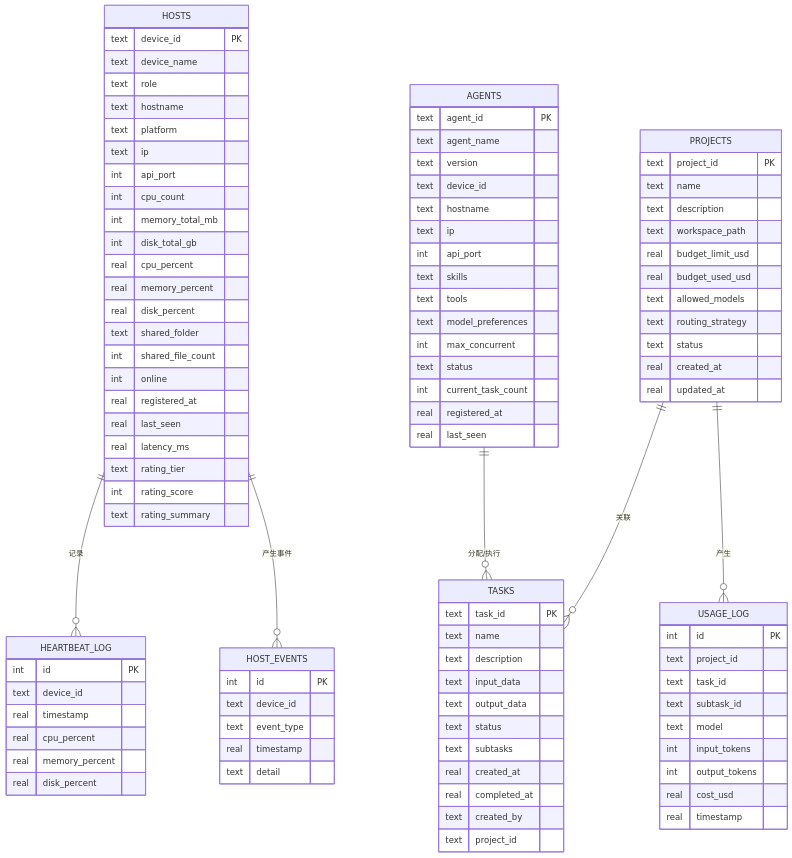
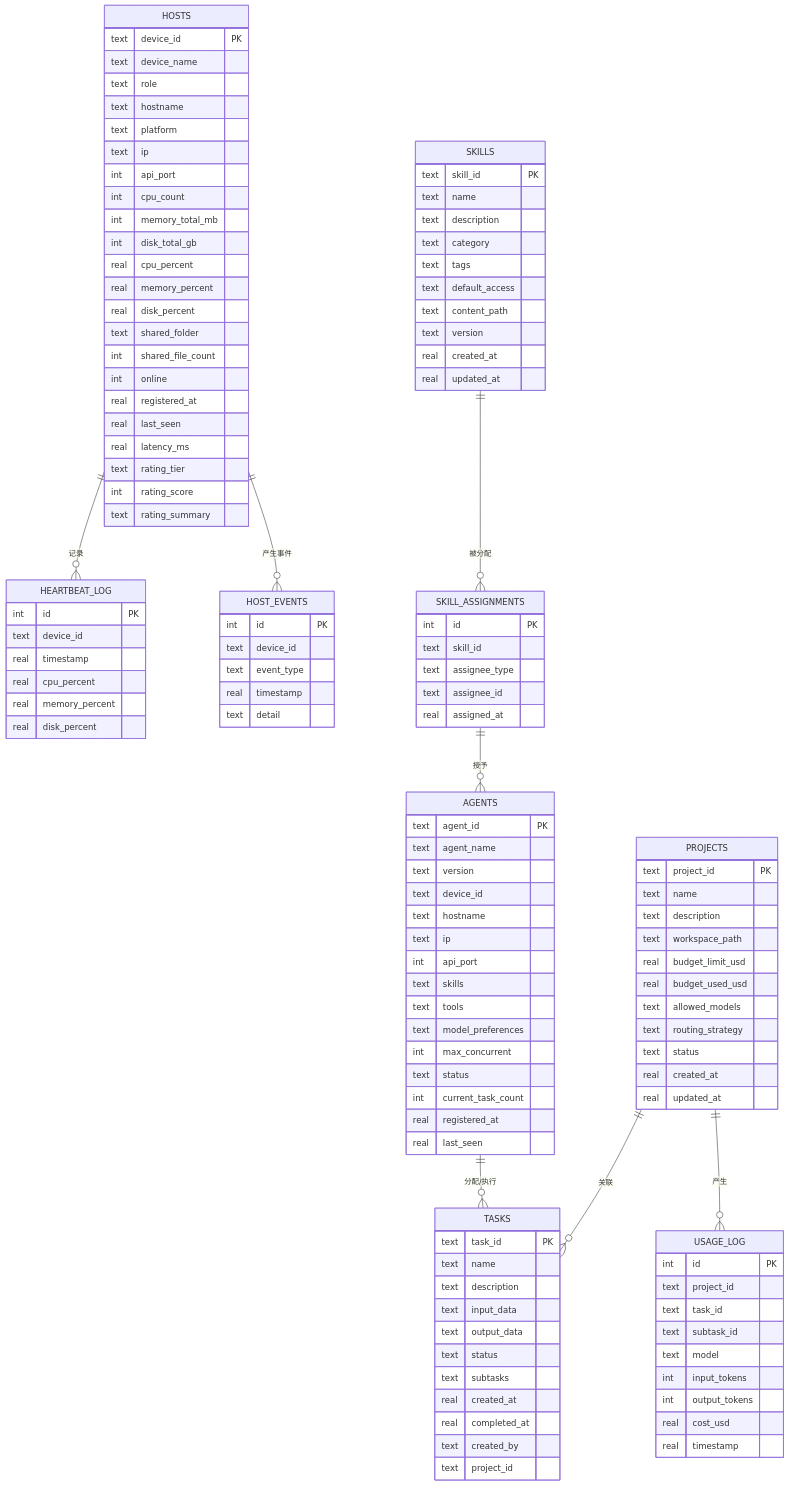
The third of 5 diagrams in .qoder/repowiki/zh/content/核心模块/数据库设计.md (targalian/Personal-distributed-workstation), drawn with Mermaid before and after one commit. The commit also changed other lines of this file and 92 other files, not shown here.

````diff
--- a/.qoder/repowiki/zh/content/核心模块/数据库设计.md
+++ b/.qoder/repowiki/zh/content/核心模块/数据库设计.md
@@ -287,9 +321,30 @@
 real timestamp
 text detail
 }
+SKILLS {
+text skill_id PK
+text name
+text description
+text category
+text tags
+text default_access
+text content_path
+text version
+real created_at
+real updated_at
+}
+SKILL_ASSIGNMENTS {
+int id PK
+text skill_id
+text assignee_type
+text assignee_id
+real assigned_at
+}
 HOSTS ||--o{ HEARTBEAT_LOG : "记录"
 HOSTS ||--o{ HOST_EVENTS : "产生事件"
 AGENTS ||--o{ TASKS : "分配/执行"
 PROJECTS ||--o{ USAGE_LOG : "产生"
 PROJECTS ||--o{ TASKS : "关联"
+SKILLS ||--o{ SKILL_ASSIGNMENTS : "被分配"
+SKILL_ASSIGNMENTS ||--o{ AGENTS : "授予"
 ```
````
